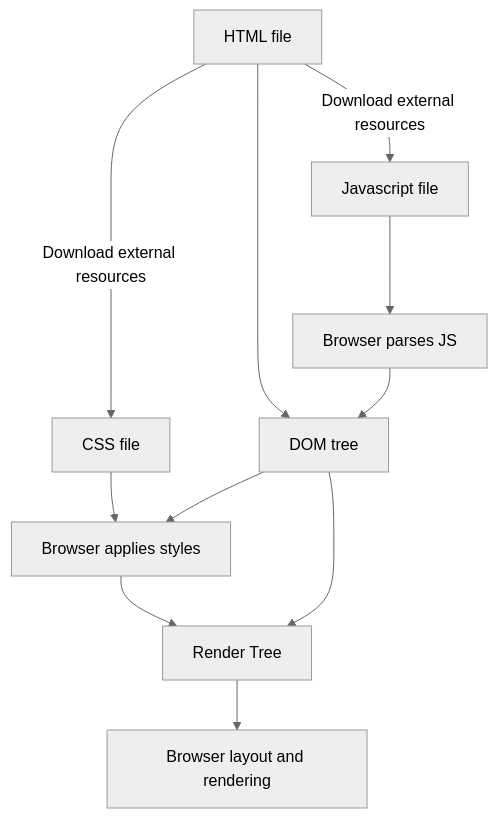
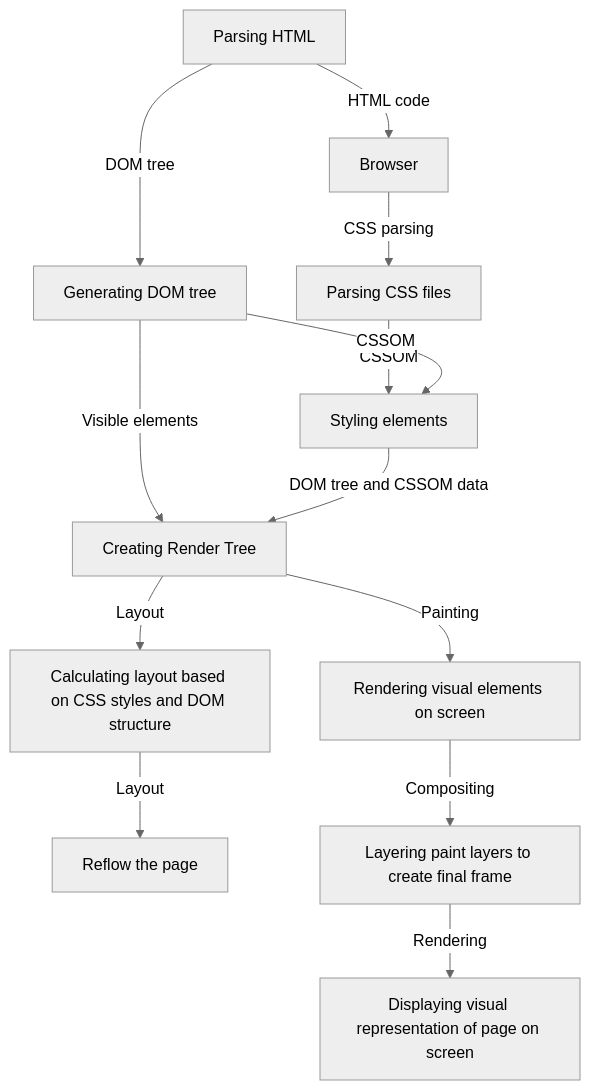
The diagram in Frontend/How Page is Rendered.md (JungHBae/TIL), drawn with Mermaid (neutral theme) before and after one commit.

Commit message:
Update How Page is Rendered.md

````diff
--- a/Frontend/How Page is Rendered.md
+++ b/Frontend/How Page is Rendered.md
@@ -26,13 +26,15 @@
 ```mermaid
 graph TD;
-    A[HTML file] --> B[DOM tree];
-    A -- Download external resources --> C[CSS file];
-    A -- Download external resources --> D[Javascript file];
-    C --> E[Browser applies styles];
-    B --> E;
-    D --> F[Browser parses JS];
-    F --> B;
-    E --> G[Render Tree];
-    B --> G;
-    G --> H[Browser layout and rendering];
+    A[Parsing HTML] -->|DOM tree| B[Generating DOM tree];
+    A -->|HTML code| C[Browser];
+    C --CSS parsing--> D[Parsing CSS files];
+    D -->|CSSOM| E[Styling elements];
+    B --CSSOM--> E;
+    B --Visible elements--> G[Creating Render Tree];
+    E --DOM tree and CSSOM data--> G;
+    G --Layout --> H[Calculating layout based on CSS styles and DOM structure];
+    H -->|Layout| I[Reflow the page];
+    G -->|Painting| J[Rendering visual elements on screen];
+    J -->|Compositing| K[Layering paint layers to create final frame];
+    K -->|Rendering| L[Displaying visual representation of page on screen];
 ```  
````
